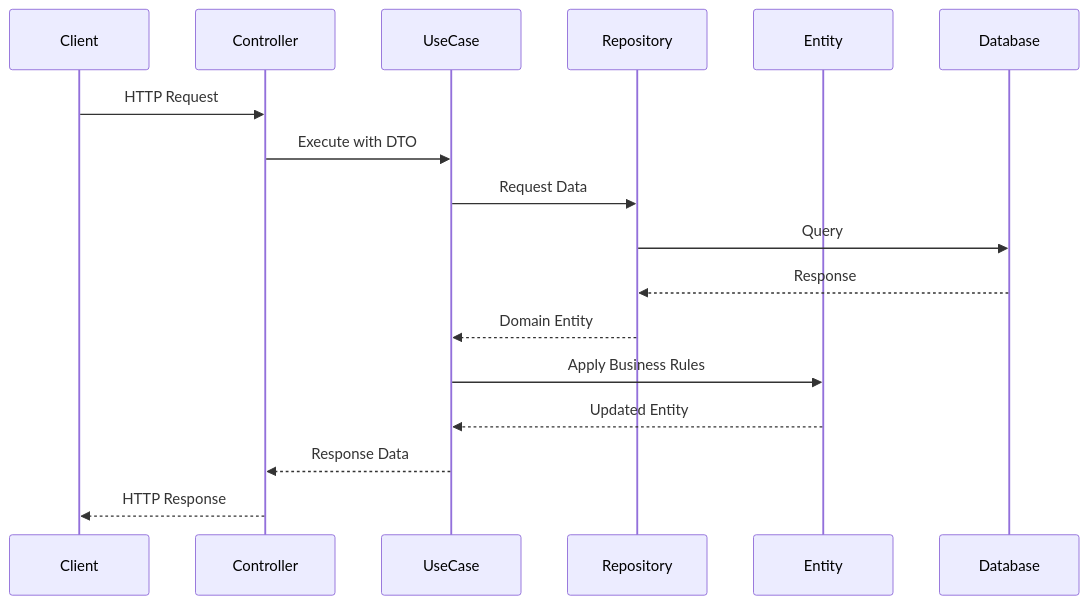
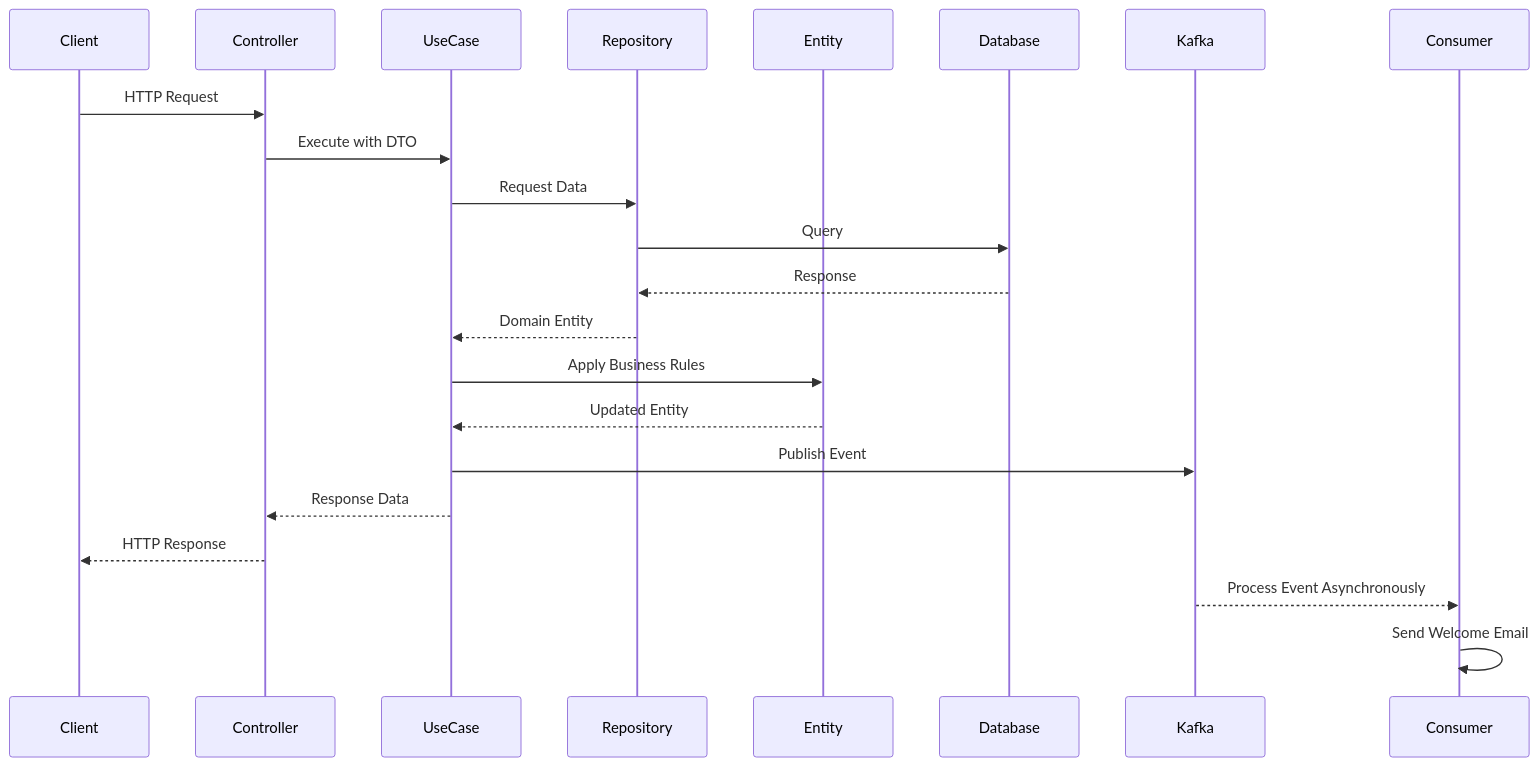
One commit to J-Pster/Dynadok-Test changed the first of 3 diagrams in README.md. Above: the diagram before and after it, drawn with Mermaid. The commit also changed other lines of this file and 9 other files, not shown here.

Commit message:
✨ Kafka + Simulated Email

````diff
--- a/README.md
+++ b/README.md
@@ -32,20 +35,25 @@
 ```mermaid
 sequenceDiagram
     participant Client
     participant Controller
     participant UseCase
     participant Repository
     participant Entity
     participant Database
+    participant Kafka
+    participant Consumer
 
     Client->>Controller: HTTP Request
     Controller->>UseCase: Execute with DTO
     UseCase->>Repository: Request Data
     Repository->>Database: Query
     Database-->>Repository: Response
     Repository-->>UseCase: Domain Entity
     UseCase->>Entity: Apply Business Rules
     Entity-->>UseCase: Updated Entity
+    UseCase->>Kafka: Publish Event
     UseCase-->>Controller: Response Data
     Controller-->>Client: HTTP Response
+    Kafka-->>Consumer: Process Event Asynchronously
+    Consumer->>Consumer: Send Welcome Email
 ```
````
